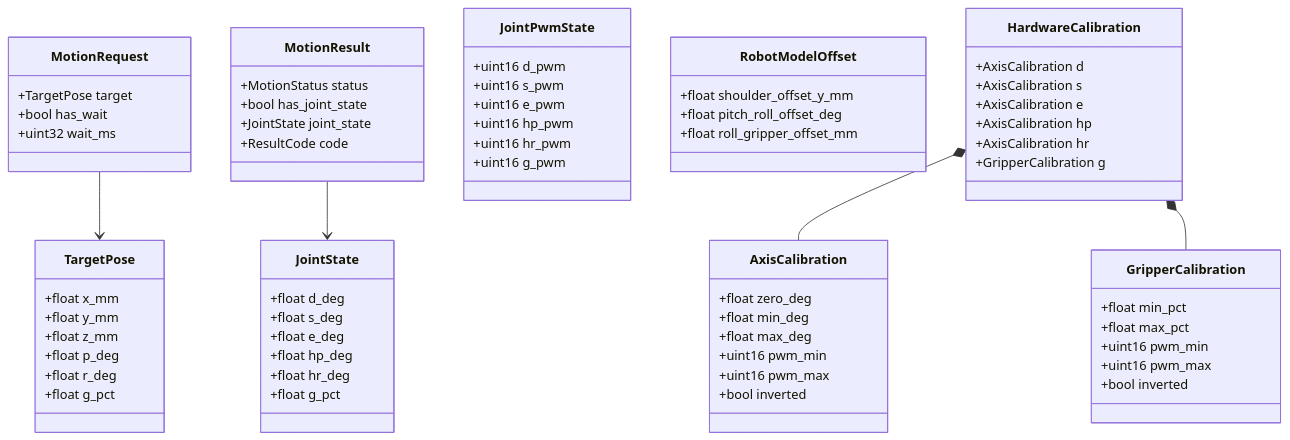
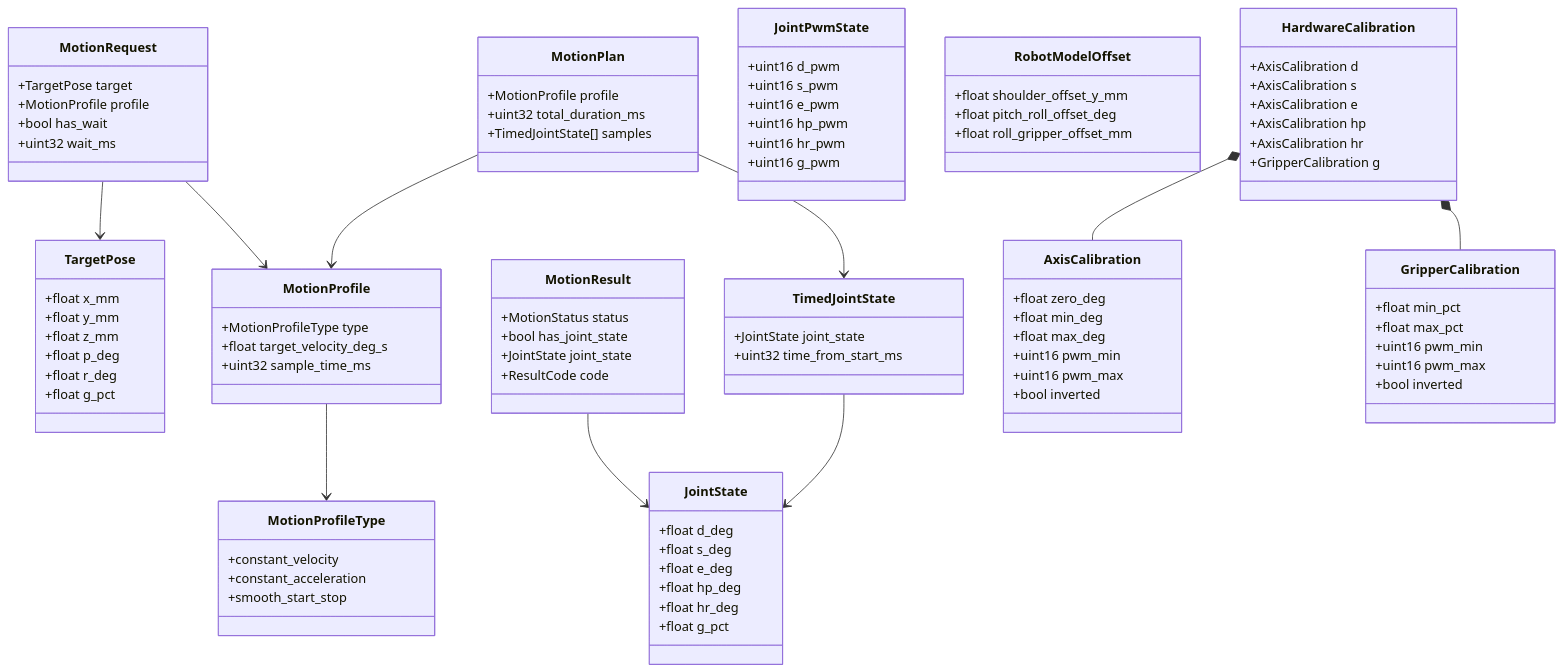
The first of 13 diagrams in sw/software.md (butz1999/inverse_kinematik), drawn with Mermaid before and after one commit. The commit also changed other lines of this file and 4 other files, not shown here.

````diff
--- a/sw/software.md
+++ b/sw/software.md
@@ -157,6 +161,7 @@
 
     class MotionRequest {
         +TargetPose target
+        +MotionProfile profile
         +bool has_wait
         +uint32 wait_ms
     }
@@ -166,6 +171,29 @@
         +bool has_joint_state
         +JointState joint_state
         +ResultCode code
+    }
+
+    class MotionProfile {
+        +MotionProfileType type
+        +float target_velocity_deg_s
+        +uint32 sample_time_ms
+    }
+
+    class MotionProfileType {
+        +constant_velocity
+        +constant_acceleration
+        +smooth_start_stop
+    }
+
+    class MotionPlan {
+        +MotionProfile profile
+        +uint32 total_duration_ms
+        +TimedJointState[] samples
+    }
+
+    class TimedJointState {
+        +JointState joint_state
+        +uint32 time_from_start_ms
     }
 
     class JointPwmState {
@@ -210,7 +238,12 @@
     }
 
     MotionRequest --> TargetPose
+    MotionRequest --> MotionProfile
+    MotionProfile --> MotionProfileType
     MotionResult --> JointState
+    MotionPlan --> MotionProfile
+    MotionPlan --> TimedJointState
+    TimedJointState --> JointState
     HardwareCalibration *-- AxisCalibration
     HardwareCalibration *-- GripperCalibration
 ```
````
